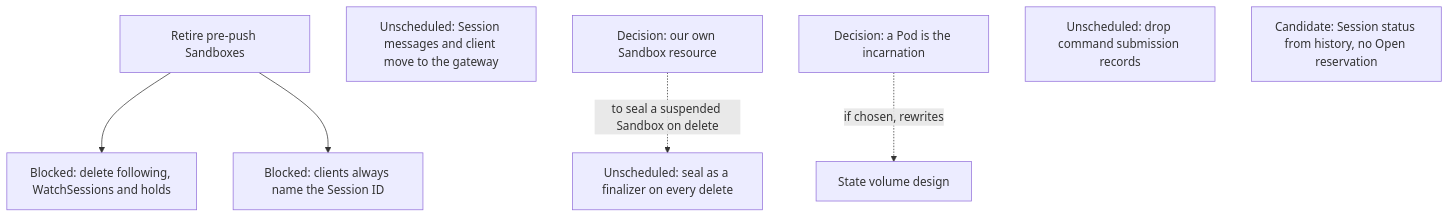
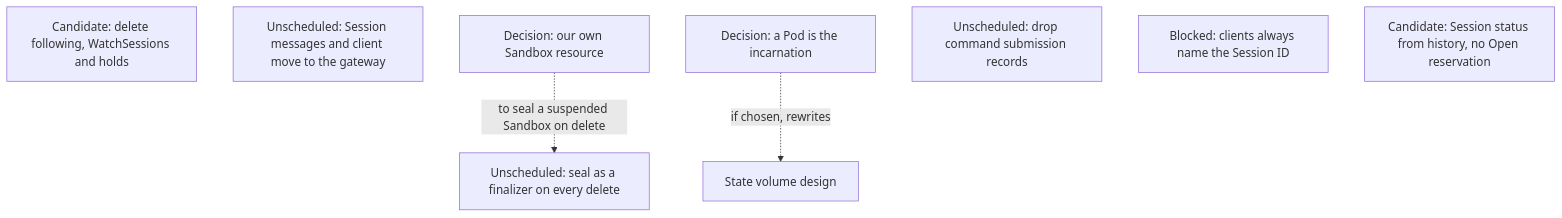
Diagram 12 of 13 in agentplane/plans/task_dag.md (agentydragon-agent/ducktape), drawn with Mermaid before and after one commit. The commit also changed other lines of this file and 22 other files, not shown here.

````diff
--- a/agentplane/plans/task_dag.md
+++ b/agentplane/plans/task_dag.md
@@ -871,16 +852,13 @@
 ```mermaid
 flowchart TD
-    LEGACY_SANDBOX_RETIRE[Retire pre-push Sandboxes]
-    FOLLOW_PATH_RETIRE[Blocked: delete following, WatchSessions and holds]
+    FOLLOW_PATH_RETIRE[Candidate: delete following, WatchSessions and holds]
     GATEWAY_CLIENT_SPLIT[Unscheduled: Session messages and client move to the gateway]
     AGENTPLANE_SANDBOX_RESOURCE[Decision: our own Sandbox resource]
     POD_INCARNATION[Decision: a Pod is the incarnation]
     SEAL_FINALIZER[Unscheduled: seal as a finalizer on every delete]
     COMMAND_RECORDS_RETIRE[Unscheduled: drop command submission records]
     SESSION_ID_MINT_RETIRE[Blocked: clients always name the Session ID]
     LOOKUP_SESSION_RETIRE[Candidate: Session status from history, no Open reservation]
-    LEGACY_SANDBOX_RETIRE --> FOLLOW_PATH_RETIRE
     AGENTPLANE_SANDBOX_RESOURCE -. to seal a suspended Sandbox on delete .-> SEAL_FINALIZER
     POD_INCARNATION -. if chosen, rewrites .-> SESSION_STATE_VOLUME_DESIGN[State volume design]
-    LEGACY_SANDBOX_RETIRE --> SESSION_ID_MINT_RETIRE
 ```
````
